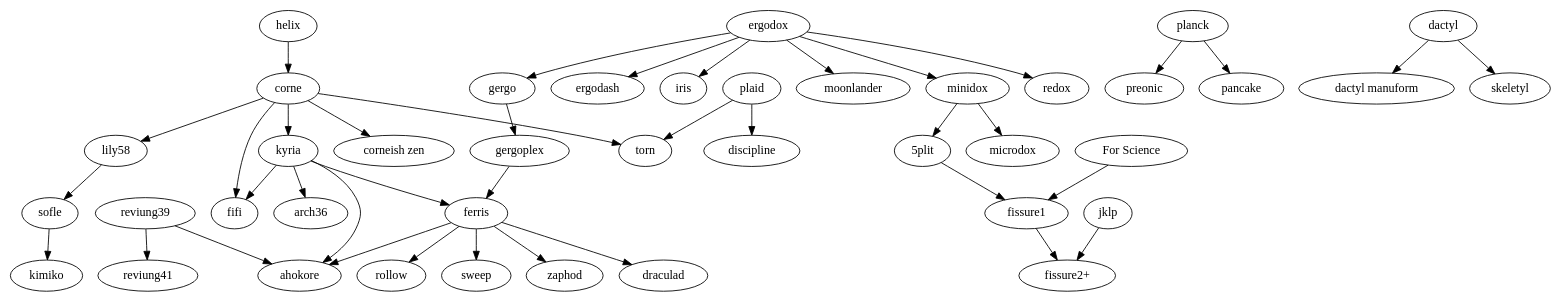
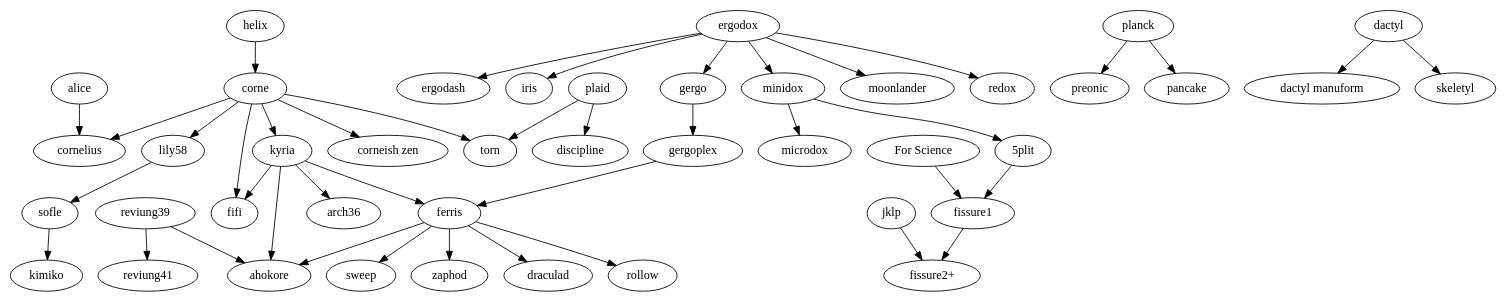
One commit to petejohanson/mk-family-tree changed the diagram in tree.gv. Above: the diagram before and after it, drawn with Graphviz.

Commit message:
Start of alice lineage, add cornelius.

```diff
--- a/tree.gv
+++ b/tree.gv
@@ -1,79 +1,86 @@
 digraph T {
   subgraph splits {
     helix -> corne;
 
     corne -> {
       "corneish zen";
+      cornelius;
       fifi;
       kyria;
       lily58;
       torn;
     };
 
     lily58 -> sofle;
 
     kyria -> {
         ahokore;
         arch36;
         ferris;
         fifi;
     };
 
     ergodox -> {
       ergodash;
       gergo;
       iris;
       minidox;
       moonlander;
       redox;
     };
 
     gergo -> gergoplex;
     gergoplex -> ferris;
 
     ferris -> {
       ahokore;
       draculad;
       rollow;
       sweep;
       zaphod;
     };
 
     minidox -> {
       "5plit";
       microdox;
     }
 
     sofle -> kimiko;
 
     "5plit" -> "fissure1";
     "For Science" -> "fissure1";
     fissure1 -> "fissure2+";
     jklp -> "fissure2+";
   }
 
   subgraph unibody {
     reviung39 -> {
       ahokore;
       reviung41;
     };
   };
 
   subgraph ortholinear {
     plaid -> {
       discipline;
       torn;
     };
     planck -> {
       preonic;
       pancake;
     };
   }
 
   subgraph {
     dactyl -> {
       "dactyl manuform";
       skeletyl;
     }
   }
+
+  subgraph alicefamily {
+    alice -> {
+      cornelius;
+    }
+  }
 }
```
